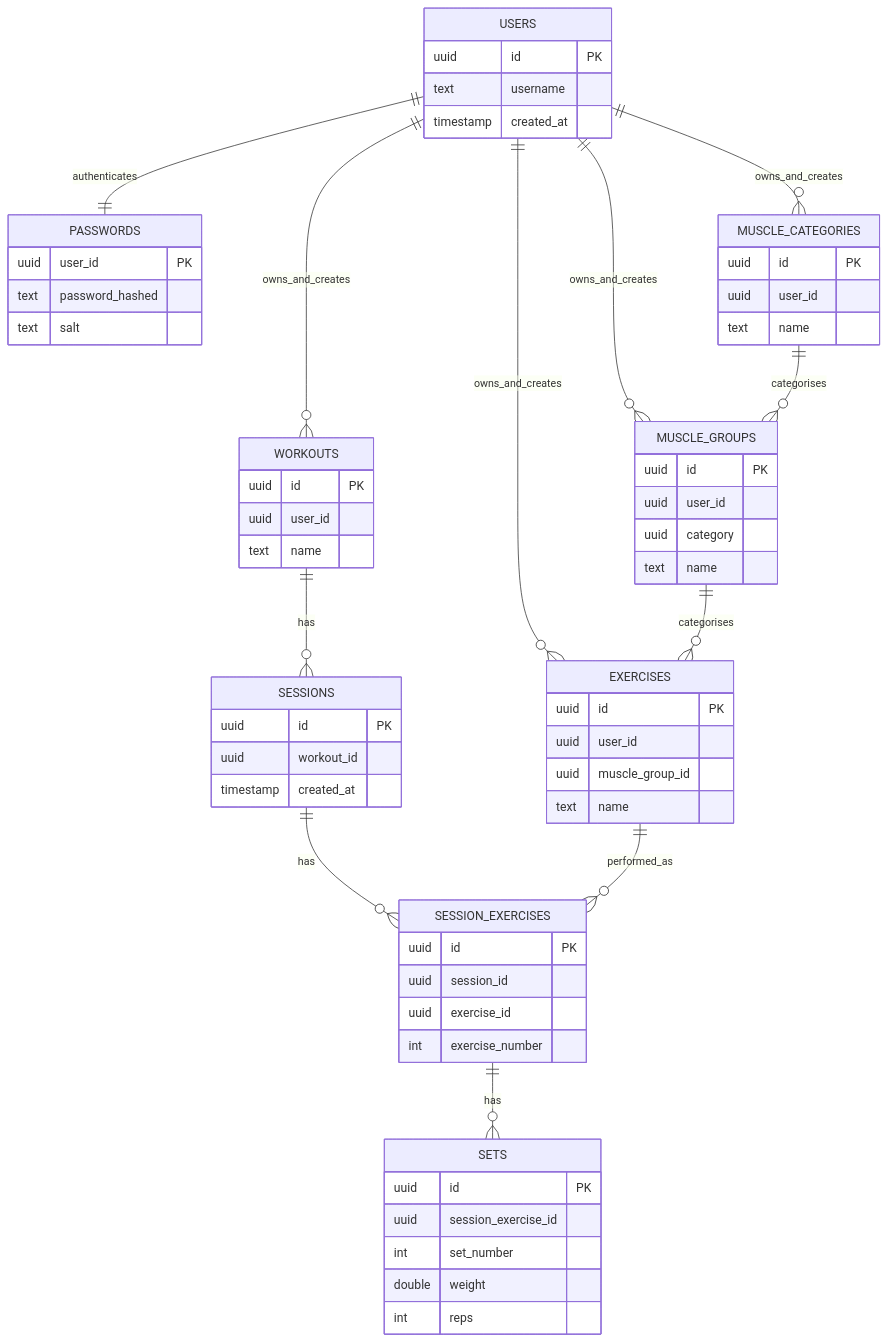
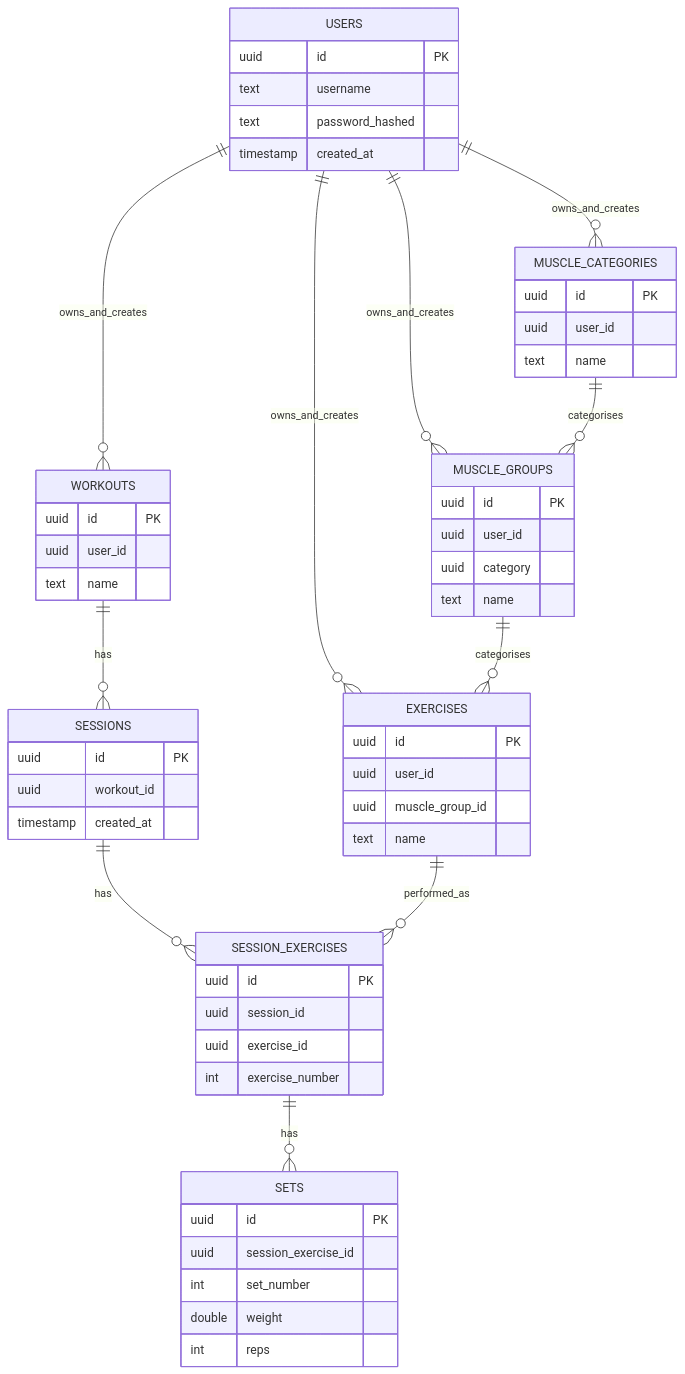
The second of 3 diagrams in README.md (timviney/trakr-fitness), drawn with Mermaid before and after one commit. The commit also changed 17 other files, not shown here.

````diff
--- a/README.md
+++ b/README.md
@@ -39,75 +39,69 @@
 ```mermaid
 erDiagram
     USERS {
         uuid id PK
         text username
+        text password_hashed
         timestamp created_at
-    }
-
-    PASSWORDS {
-        uuid user_id PK
-        text password_hashed
-        text salt
     }
 
     MUSCLE_CATEGORIES {
         uuid id PK
         uuid user_id
         text name
     }
 
     MUSCLE_GROUPS {
         uuid id PK
         uuid user_id
         uuid category
         text name
     }
 
     EXERCISES {
         uuid id PK
         uuid user_id
         uuid muscle_group_id
         text name
     }
 
     WORKOUTS {
         uuid id PK
         uuid user_id
         text name
     }
 
     SESSIONS {
         uuid id PK
         uuid workout_id
         timestamp created_at
     }
 
     SESSION_EXERCISES {
         uuid id PK
         uuid session_id
         uuid exercise_id
         int exercise_number
     }
 
     SETS {
         uuid id PK
         uuid session_exercise_id
         int set_number
         double weight
         int reps
     }
 
     USERS ||--o{ WORKOUTS : owns_and_creates
     USERS ||--o{ EXERCISES : owns_and_creates
     USERS ||--o{ MUSCLE_CATEGORIES : owns_and_creates
     USERS ||--o{ MUSCLE_GROUPS : owns_and_creates
-    USERS ||--|| PASSWORDS : authenticates
 
     MUSCLE_CATEGORIES ||--o{ MUSCLE_GROUPS : categorises
     MUSCLE_GROUPS ||--o{ EXERCISES : categorises
 
     WORKOUTS ||--o{ SESSIONS : has
     SESSIONS ||--o{ SESSION_EXERCISES : has
     EXERCISES ||--o{ SESSION_EXERCISES : performed_as
     SESSION_EXERCISES ||--o{ SETS : has
 ```
````
